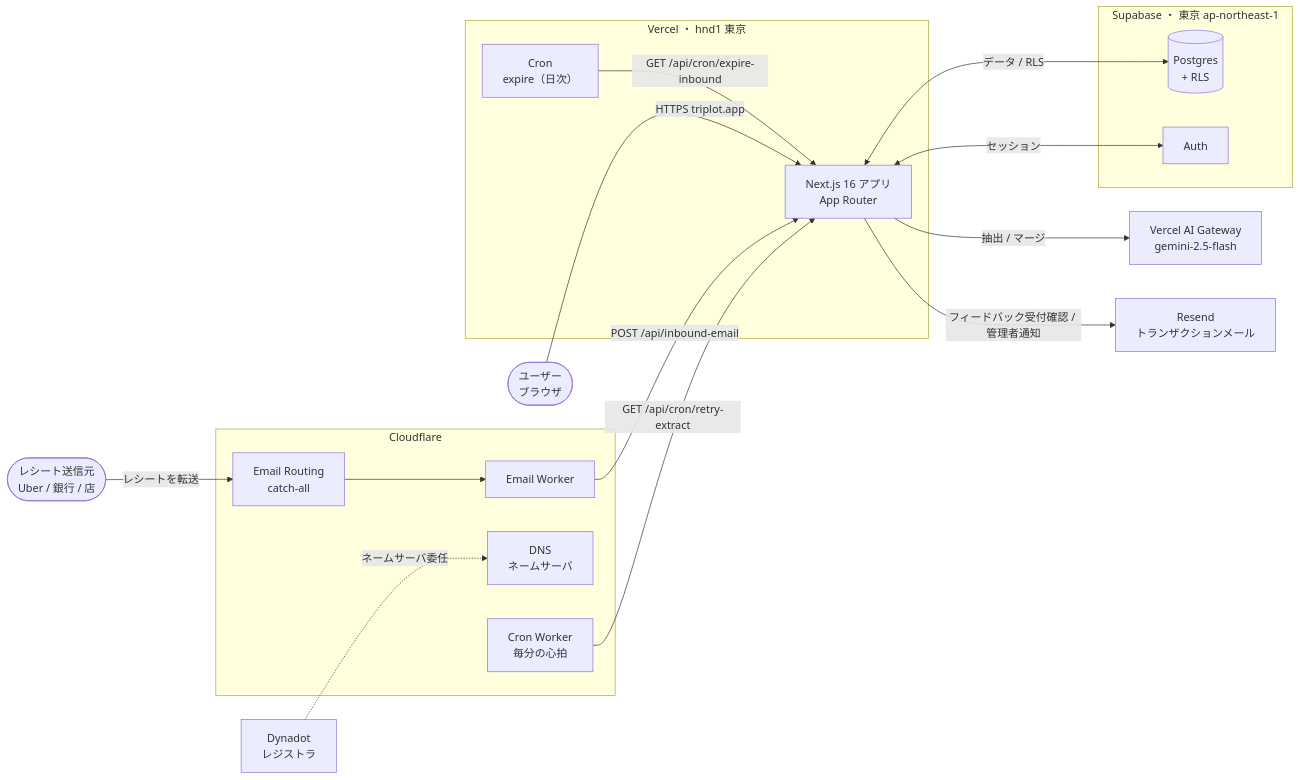
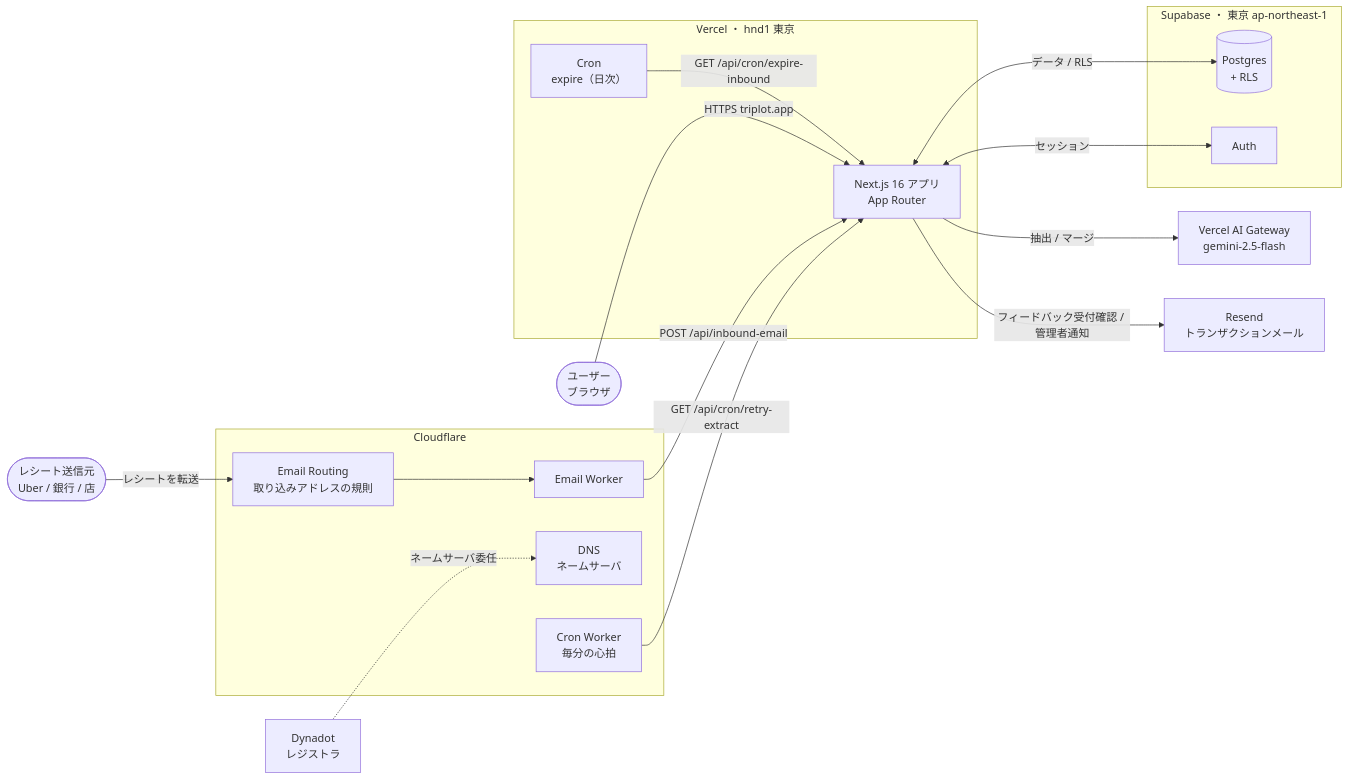
Before and after one commit to shidetake/triplot: the second of 3 diagrams in docs/architecture.md, drawn with Mermaid. The commit also changed 2 other files, not shown here.

Commit message:
取り込みのメールが Worker に届く条件を実際の設定に合わせて書く
catch-all ではなく、アドレスごとの規則（receipts@ / receipts-staging@）で
受けている。規則に無いローカルパートは Cloudflare が受信を断る。

Claude-Session: https://claude.ai/code/session_01RqxNbjZtF6jJFw273k58xP

````diff
--- a/docs/architecture.md
+++ b/docs/architecture.md
@@ -47,39 +47,39 @@
 ```mermaid
 flowchart LR
   user([ユーザー<br/>ブラウザ])
   store([レシート送信元<br/>Uber / 銀行 / 店])
 
   dynadot[Dynadot<br/>レジストラ]
 
   subgraph cf[Cloudflare]
     dns[DNS<br/>ネームサーバ]
-    email[Email Routing<br/>catch-all]
+    email[Email Routing<br/>取り込みアドレスの規則]
     worker[Email Worker]
     heartbeat[Cron Worker<br/>毎分の心拍]
   end
 
   subgraph vercel[Vercel ・ hnd1 東京]
     app[Next.js 16 アプリ<br/>App Router]
     cron[Cron<br/>expire（日次）]
   end
 
   subgraph supa[Supabase ・ 東京 ap-northeast-1]
     pg[(Postgres<br/>+ RLS)]
     auth[Auth]
   end
 
   gw[Vercel AI Gateway<br/>gemini-2.5-flash]
   resend[Resend<br/>トランザクションメール]
 
   dynadot -. ネームサーバ委任 .-> dns
   user -->|HTTPS triplot.app| app
   app <-->|データ / RLS| pg
   app <-->|セッション| auth
   store -->|レシートを転送| email
   email --> worker
   worker -->|POST /api/inbound-email| app
   app -->|抽出 / マージ| gw
   app -->|フィードバック受付確認 / 管理者通知| resend
   cron -->|GET /api/cron/expire-inbound| app
   heartbeat -->|GET /api/cron/retry-extract| app
 ```
````
